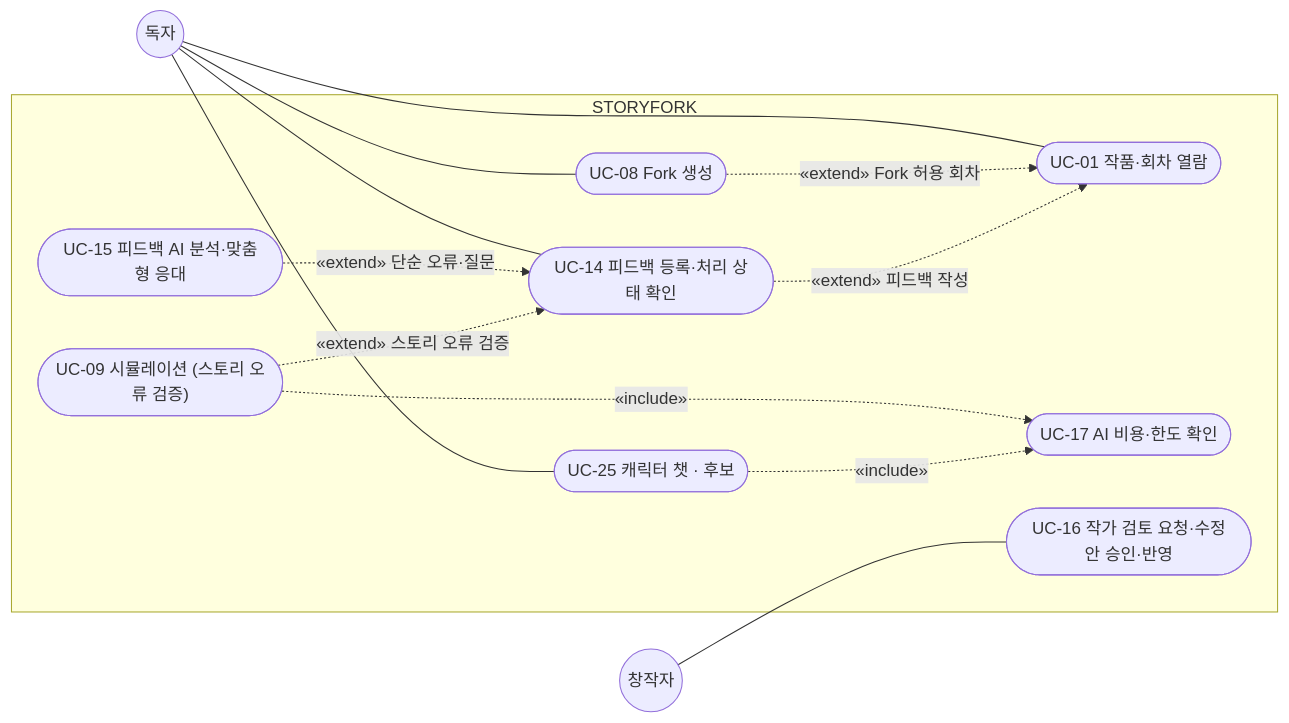
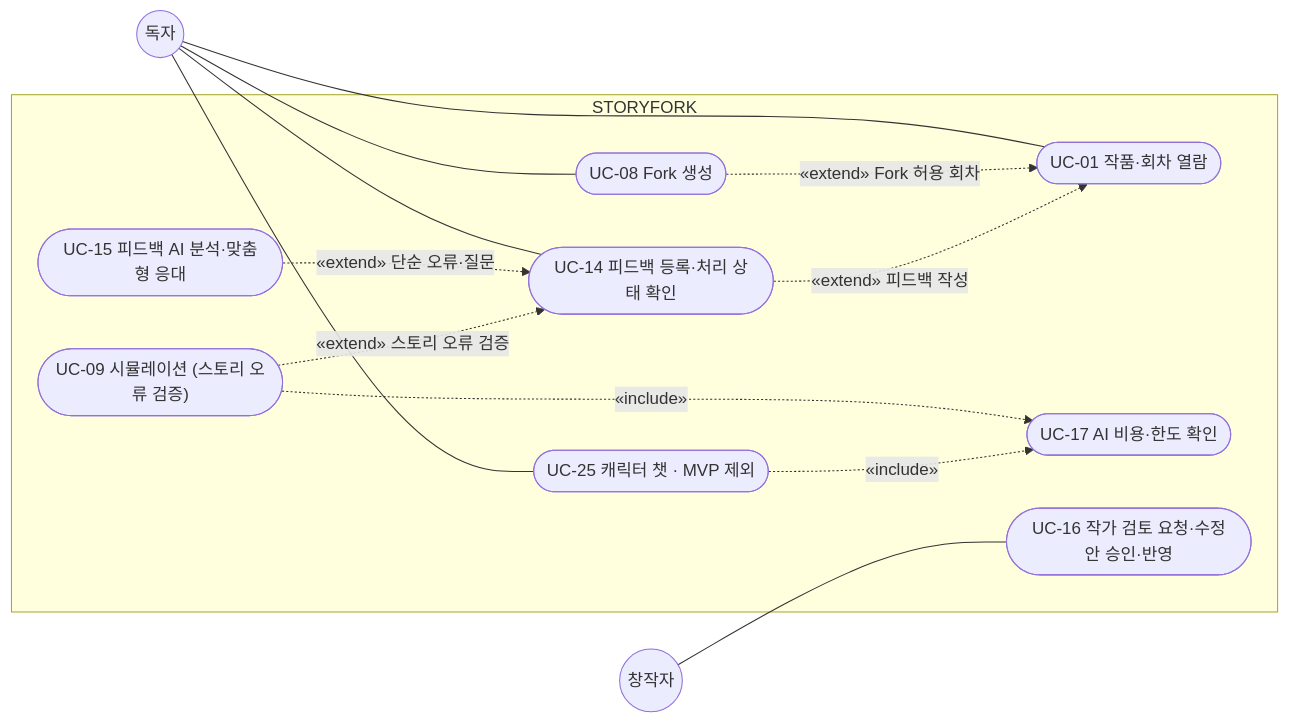
Before and after one commit to SKNETWORKS-FAMILY-AICAMP/SKN34-FINAL-4TEAM: the sixth of 9 diagrams in docs/usecase.md, drawn with Mermaid. The commit also changed other lines of this file and 16 other files, not shown here.

First line of the commit message:
docs: 알림·정기 작업 유스케이스 추가, 캐릭터 챗 채택(MVP 제외), 문서 v6 최신화

````diff
--- a/docs/usecase.md
+++ b/docs/usecase.md
@@ -321,26 +327,26 @@
 ```mermaid
 flowchart LR
   R(("독자"))
   C(("창작자"))
   subgraph SYS["STORYFORK"]
     U01(["UC-01 작품·회차 열람"])
     U08(["UC-08 Fork 생성"])
     U14(["UC-14 피드백 등록·처리 상태 확인"])
     U15(["UC-15 피드백 AI 분석·맞춤형 응대"])
     U09(["UC-09 시뮬레이션 (스토리 오류 검증)"])
     U17(["UC-17 AI 비용·한도 확인"])
     U16(["UC-16 작가 검토 요청·수정안 승인·반영"])
-    U25(["UC-25 캐릭터 챗 · 후보"])
+    U25(["UC-25 캐릭터 챗 · MVP 제외"])
   end
   R --- U01
   R --- U08
   R --- U14
   R --- U25
   C --- U16
   U08 -.->|"«extend» Fork 허용 회차"| U01
   U14 -.->|"«extend» 피드백 작성"| U01
   U15 -.->|"«extend» 단순 오류·질문"| U14
   U09 -.->|"«extend» 스토리 오류 검증"| U14
   U09 -.->|"«include»"| U17
   U25 -.->|"«include»"| U17
 ```
````
